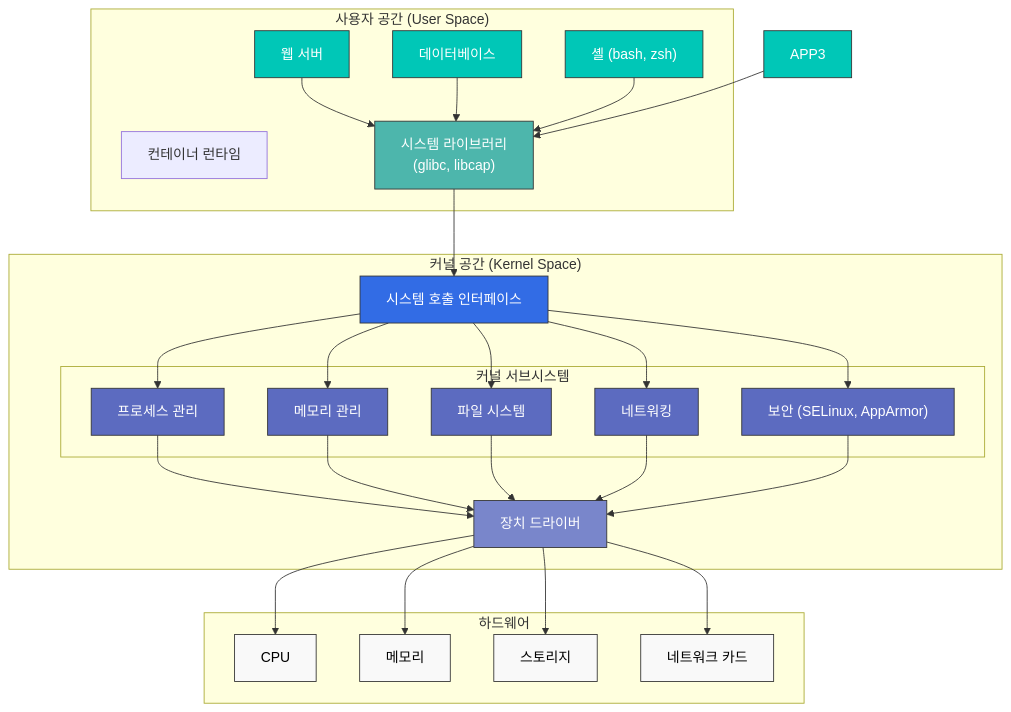
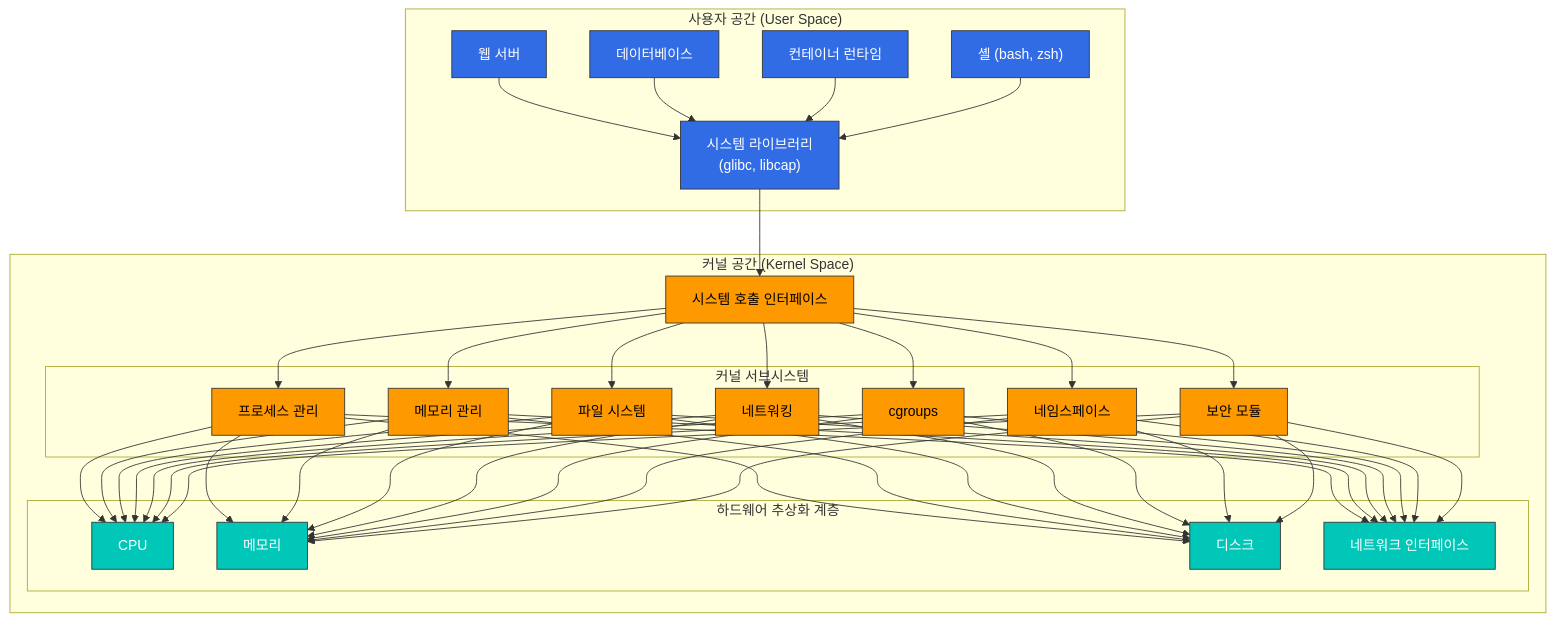
Before and after one commit to Atom-oh/kubernetes-docs: the first of 4 diagrams in basics/01-linux-basics.md, drawn with Mermaid. The commit also changed other lines of this file, not shown here.

Commit message:
문서 개선: Linux 기초 문서에 실습 환경 설정 및 시스템 호출 표 추가

````diff
--- a/basics/01-linux-basics.md
+++ b/basics/01-linux-basics.md
@@ -32,57 +67,45 @@
 ```mermaid
 flowchart TB
     subgraph "사용자 공간 (User Space)"
         APP1["웹 서버"]
         APP2["데이터베이스"]
-        'APP3["컨테이너 런타임"]
+        APP3["컨테이너 런타임"]
         SHELL["셸 (bash, zsh)"]
         LIBS["시스템 라이브러리
             (glibc, libcap)"]
     end
     
     subgraph "커널 공간 (Kernel Space)"
         SYSCALL["시스템 호출 인터페이스"]
         
         subgraph "커널 서브시스템"
             PROC["프로세스 관리"]
             MEM["메모리 관리"]
             FS["파일 시스템"]
             NET["네트워킹"]
-            SEC["보안 (SELinux, AppArmor)"]
+            CGROUPS["cgroups"]
+            NS["네임스페이스"]
+            SEC["보안 모듈"]
         end
         
-        DRIVERS["장치 드라이버"]
+        subgraph "하드웨어 추상화 계층"
+            CPU["CPU"]
+            RAM["메모리"]
+            DISK["디스크"]
+            NIC["네트워크 인터페이스"]
+        end
     end
     
-    subgraph "하드웨어"
-        CPU["CPU"]
-        RAM["메모리"]
-        DISK["스토리지"]
-        NIC["네트워크 카드"]
-    end
-    
-    %% 연결 정의
     APP1 & APP2 & APP3 & SHELL --> LIBS
     LIBS --> SYSCALL
+    SYSCALL --> PROC & MEM & FS & NET & CGROUPS & NS & SEC
+    PROC & MEM & FS & NET & CGROUPS & NS & SEC --> CPU & RAM & DISK & NIC
     
-    SYSCALL --> PROC & MEM & FS & NET & SEC
-    PROC & MEM & FS & NET & SEC --> DRIVERS
+    classDef userSpace fill:#326CE5,stroke:#333,stroke-width:1px,color:white;
+    classDef kernelSpace fill:#FF9900,stroke:#333,stroke-width:1px,color:black;
+    classDef hardware fill:#00C7B7,stroke:#333,stroke-width:1px,color:white;
     
-    DRIVERS --> CPU & RAM & DISK & NIC
-    
-    %% 스타일 정의
-    classDef userApp fill:#00C7B7,stroke:#333,stroke-width:1px,color:white;
-    classDef userLib fill:#4DB6AC,stroke:#333,stroke-width:1px,color:white;
-    classDef k8sComponent fill:#326CE5,stroke:#333,stroke-width:1px,color:white;
-    classDef kernelSub fill:#5C6BC0,stroke:#333,stroke-width:1px,color:white;
-    classDef drivers fill:#7986CB,stroke:#333,stroke-width:1px,color:white;
-    classDef hardware fill:#f9f9f9,stroke:#333,stroke-width:1px,color:black;
-    
-    %% 클래스 적용
-    class APP1,APP2,APP3,SHELL userApp
-    class LIBS userLib
-    class SYSCALL k8sComponent
-    class PROC,MEM,FS,NET,SEC kernelSub
-    class DRIVERS drivers
-    class CPU,RAM,DISK,NIC hardware
+    class APP1,APP2,APP3,SHELL,LIBS userSpace;
+    class SYSCALL,PROC,MEM,FS,NET,CGROUPS,NS,SEC kernelSpace;
+    class CPU,RAM,DISK,NIC hardware;
 ```
````
